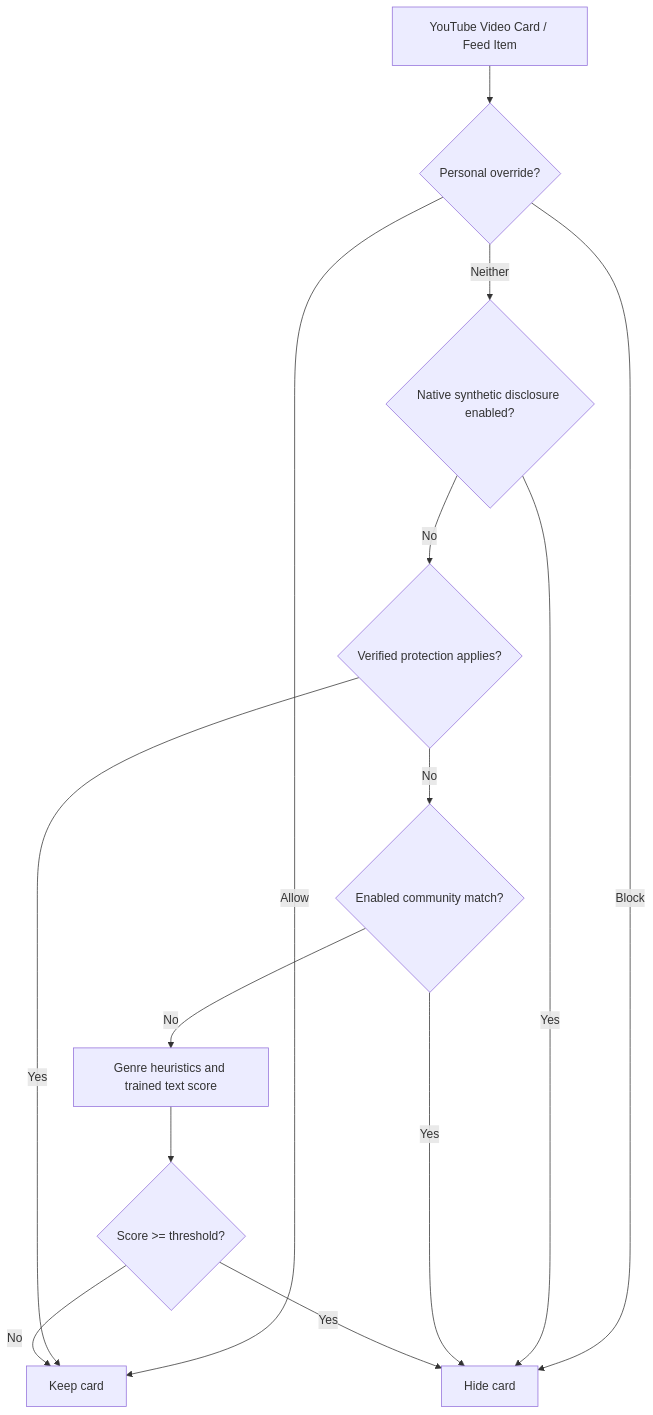
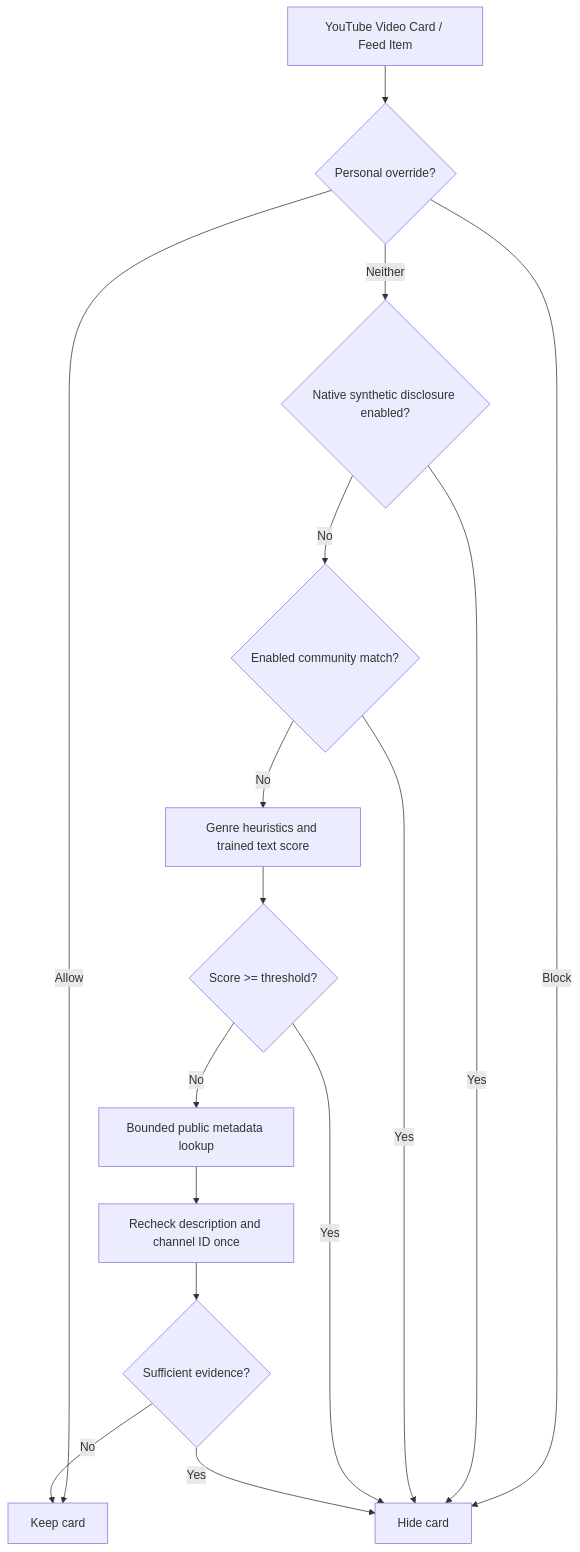
One commit to pranav256/block-ai-slop changed the diagram in README.md. Above: the diagram before and after it, drawn with Mermaid. The commit also changed other lines of this file and 23 other files, not shown here.

````diff
--- a/README.md
+++ b/README.md
@@ -32,16 +32,18 @@
 ```mermaid
 flowchart TD
     VideoCard[YouTube Video Card / Feed Item] --> Overrides{Personal override?}
     Overrides -- Allow --> Allow[Keep card]
     Overrides -- Block --> Block[Hide card]
     Overrides -- Neither --> Native{Native synthetic disclosure enabled?}
     Native -- Yes --> Block
-    Native -- No --> Verified{Verified protection applies?}
-    Verified -- Yes --> Allow
-    Verified -- No --> Community{Enabled community match?}
+    Native -- No --> Community{Enabled community match?}
     Community -- Yes --> Block
     Community -- No --> Score[Genre heuristics and trained text score]
     Score --> Decision{Score >= threshold?}
     Decision -- Yes --> Block[Hide card]
-    Decision -- No --> Allow[Keep card]
+    Decision -- No --> Metadata[Bounded public metadata lookup]
+    Metadata --> Recheck[Recheck description and channel ID once]
+    Recheck --> Result{Sufficient evidence?}
+    Result -- Yes --> Block
+    Result -- No --> Allow
 ```
````
